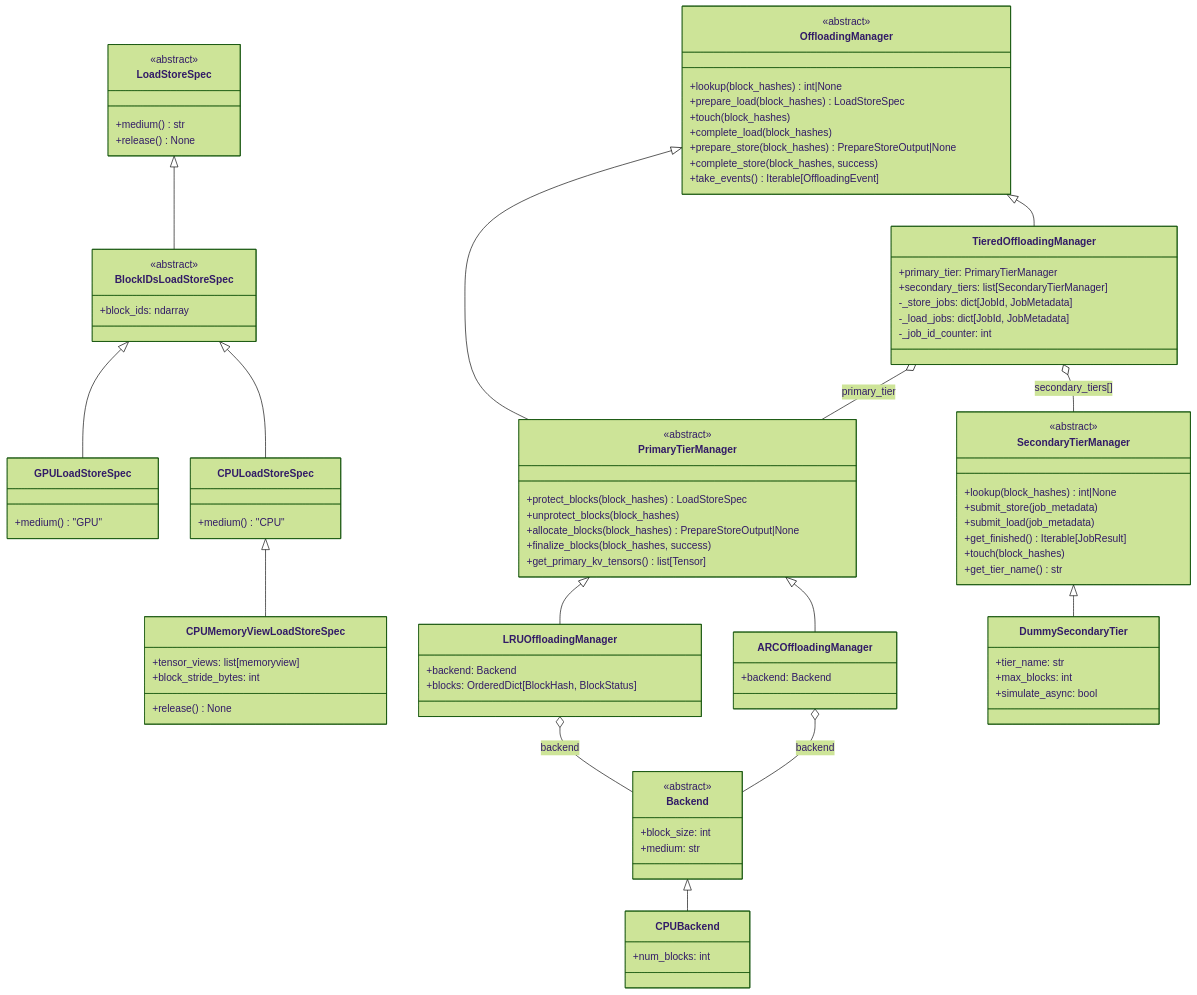
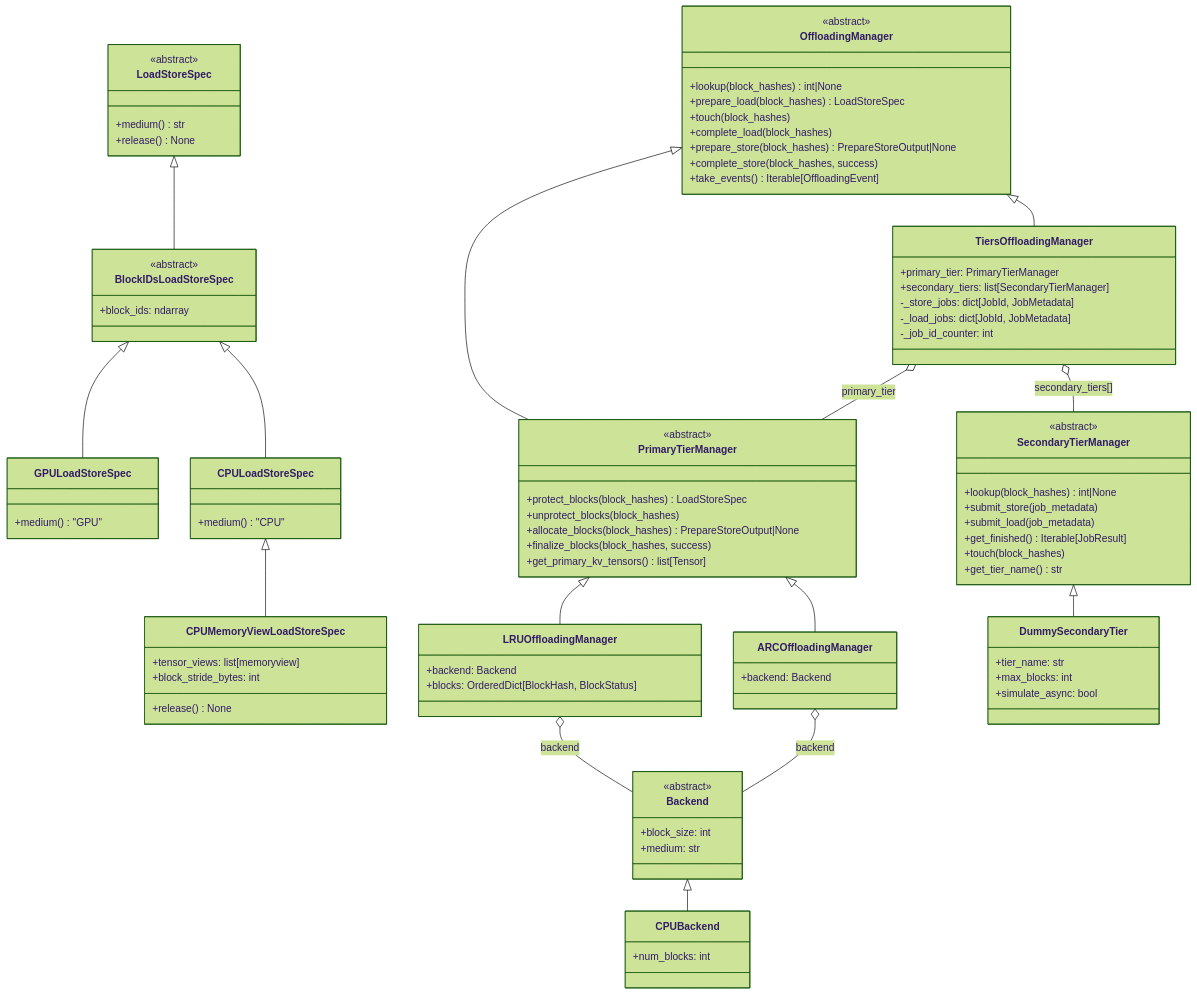
Before and after one commit to rshavitt/vllm: the first of 6 diagrams in vllm/v1/kv_offload/tiered_offloading.md, drawn with Mermaid (forest theme). The commit also changed other lines of this file and 7 other files, not shown here.

Commit message:
Rename Tiered* -> Tiers*

````diff
--- a/vllm/v1/kv_offload/tiered_offloading.md
+++ b/vllm/v1/kv_offload/tiered_offloading.md
@@ -601,7 +613,7 @@
         +backend: Backend
     }
 
-    class TieredOffloadingManager {
+    class TiersOffloadingManager {
         +primary_tier: PrimaryTierManager
         +secondary_tiers: list[SecondaryTierManager]
         -_store_jobs: dict[JobId, JobMetadata]
@@ -638,12 +650,12 @@
     OffloadingManager <|-- PrimaryTierManager
     PrimaryTierManager <|-- LRUOffloadingManager
     PrimaryTierManager <|-- ARCOffloadingManager
-    OffloadingManager <|-- TieredOffloadingManager
+    OffloadingManager <|-- TiersOffloadingManager
     SecondaryTierManager <|-- DummySecondaryTier
     Backend <|-- CPUBackend
 
-    TieredOffloadingManager o-- PrimaryTierManager : primary_tier
-    TieredOffloadingManager o-- SecondaryTierManager : secondary_tiers[]
+    TiersOffloadingManager o-- PrimaryTierManager : primary_tier
+    TiersOffloadingManager o-- SecondaryTierManager : secondary_tiers[]
     LRUOffloadingManager o-- Backend : backend
     ARCOffloadingManager o-- Backend : backend
 ```
````
